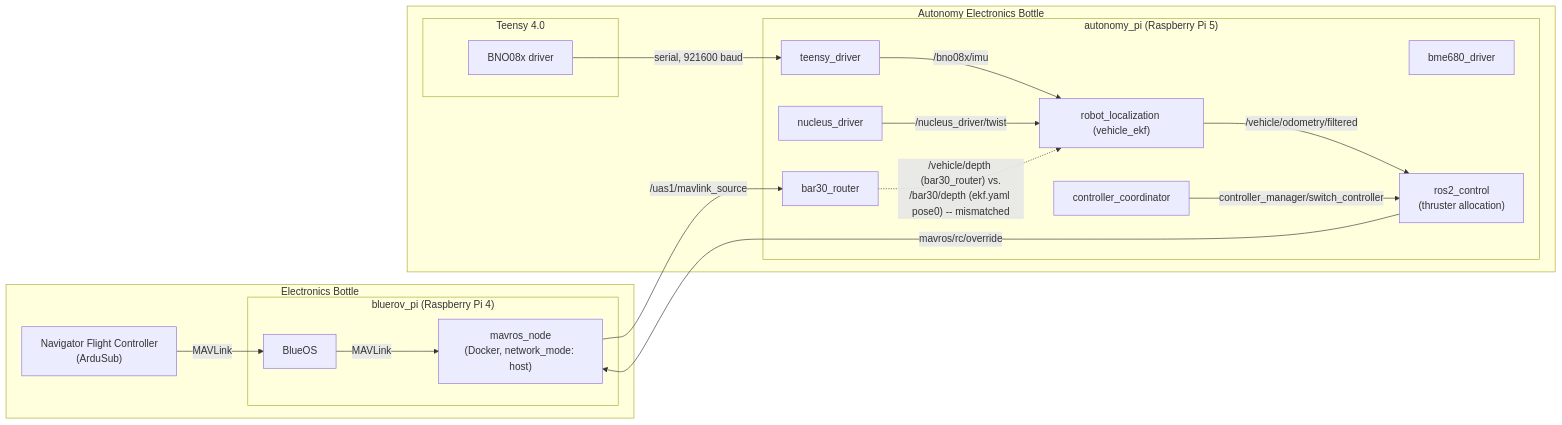
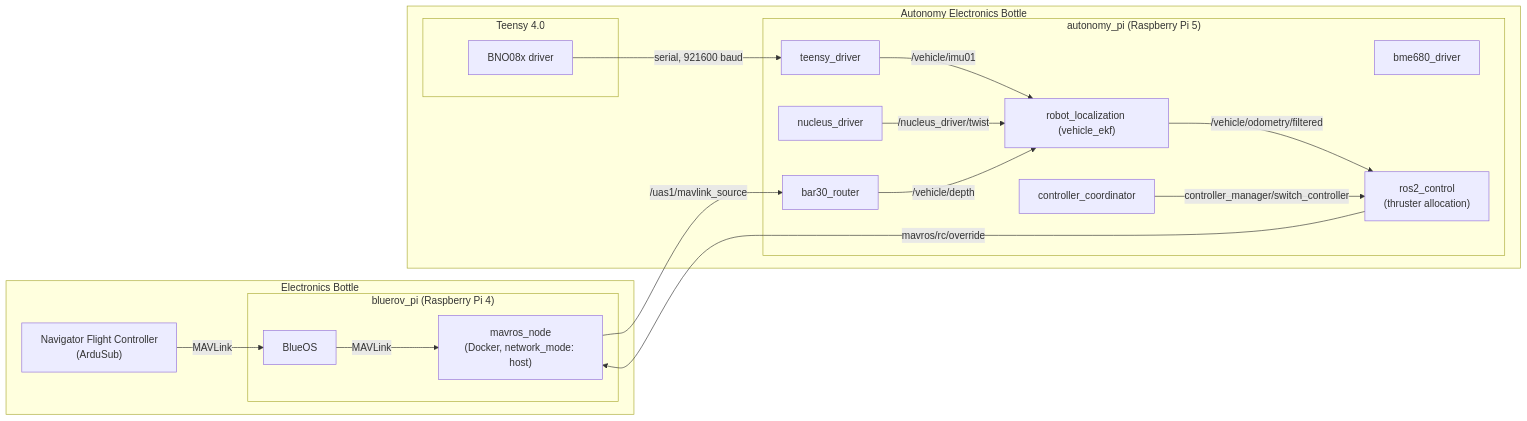
The diagram in README.md (Robotic-Decision-Making-Lab/RDML_BlueROV2_Deployment), drawn with Mermaid before and after one commit. The commit also changed other lines of this file, not shown here.

Commit message:
Fix architecture in readme

````diff
--- a/README.md
+++ b/README.md
@@ -44,38 +44,38 @@
 ```mermaid
 flowchart LR
     subgraph ElectronicsBottle["Electronics Bottle"]
         FC["Navigator Flight Controller\n(ArduSub)"]
 
         subgraph BlueROVPi["bluerov_pi (Raspberry Pi 4)"]
             BlueOS["BlueOS"]
             MAVROS["mavros_node\n(Docker, network_mode: host)"]
         end
     end
 
     subgraph AutonomyBottle["Autonomy Electronics Bottle"]
         subgraph AutonomyPi["autonomy_pi (Raspberry Pi 5)"]
             Agent["teensy_driver"]
             Bar30["bar30_router"]
             DVL["nucleus_driver"]
             BME["bme680_driver"]
             EKF["robot_localization (vehicle_ekf)"]
             RC["ros2_control\n(thruster allocation)"]
             Coord["controller_coordinator"]
         end
 
         subgraph Teensy["Teensy 4.0"]
             IMU["BNO08x driver"]
         end
     end
 
     FC -- MAVLink --> BlueOS
     BlueOS -- MAVLink --> MAVROS
     MAVROS -- "/uas1/mavlink_source" --> Bar30
     IMU -- "serial, 921600 baud" --> Agent
-    Agent -- "/bno08x/imu" --> EKF
+    Agent -- "/vehicle/imu01" --> EKF
     DVL -- "/nucleus_driver/twist" --> EKF
-    Bar30 -. "/vehicle/depth (bar30_router) vs.\n/bar30/depth (ekf.yaml pose0) -- mismatched" .-> EKF
+    Bar30 -- "/vehicle/depth" --> EKF
     EKF -- "/vehicle/odometry/filtered" --> RC
     Coord -- "controller_manager/switch_controller" --> RC
     RC -- "mavros/rc/override" --> MAVROS
 ```
````
